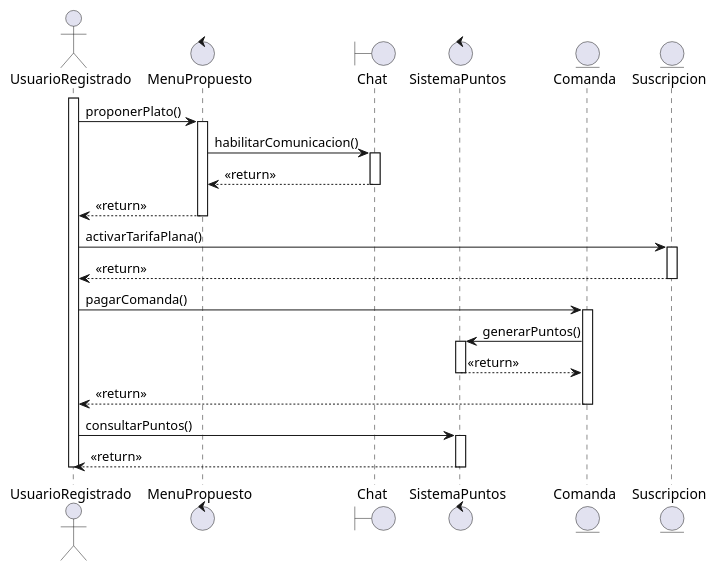
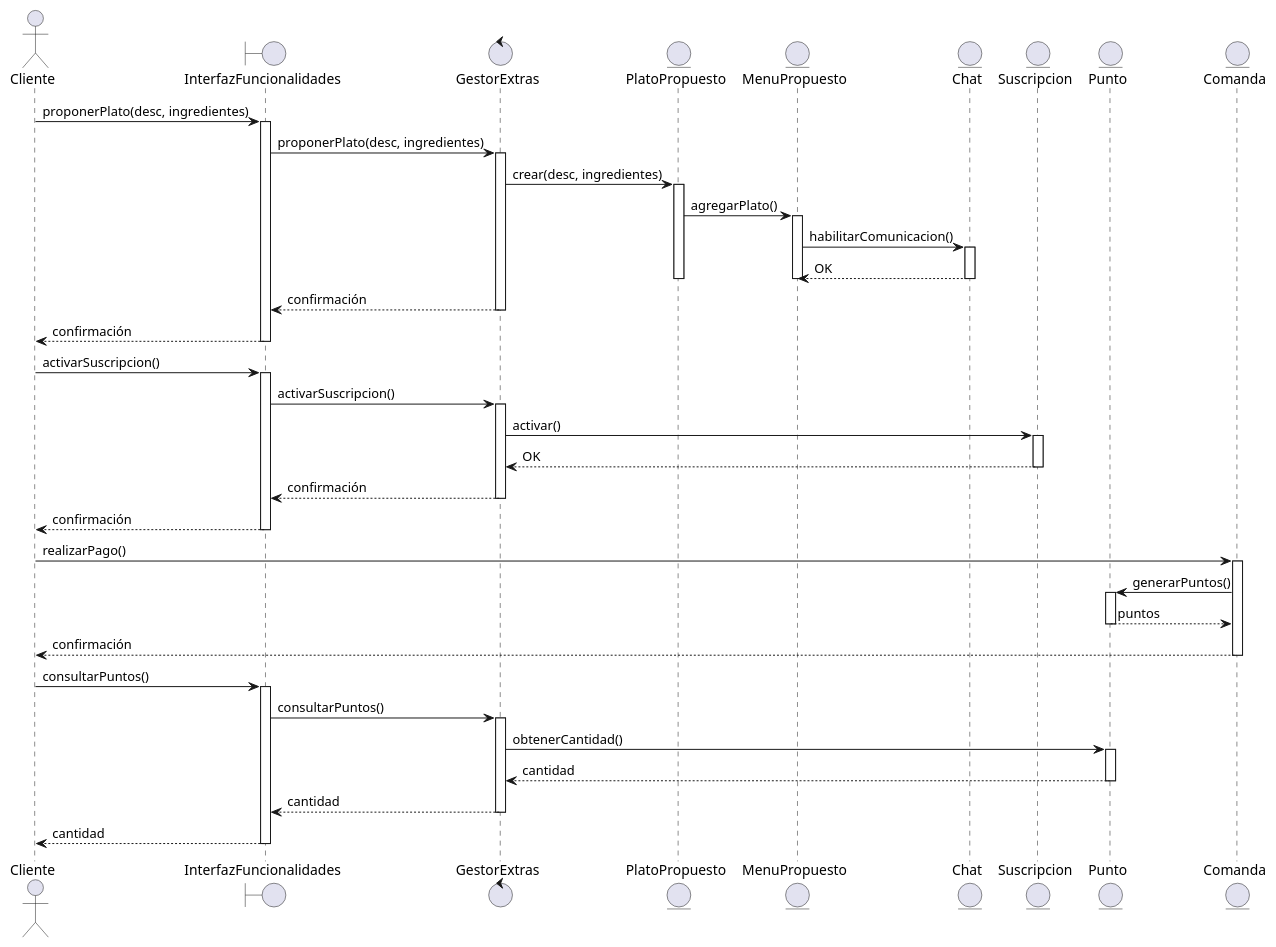
Before and after one commit to dabien3/ES25UAB-511-05: the diagram in documents/Diagramas Secuencia/CodigoUML/bloq6.pUML, drawn with PlantUML. The commit also changed other lines of this file, not shown here.

```diff
--- a/documents/Diagramas Secuencia/CodigoUML/bloq6.pUML
+++ b/documents/Diagramas Secuencia/CodigoUML/bloq6.pUML
@@ -1,42 +1,67 @@
 @startuml
-actor UsuarioRegistrado
-control MenuPropuesto
-boundary Chat
-control SistemaPuntos
+
+actor Cliente
+boundary InterfazFuncionalidades
+control GestorExtras
+entity PlatoPropuesto
+entity MenuPropuesto
+entity Chat
+entity Suscripcion
+entity Punto
 entity Comanda
-entity Suscripcion
 
-activate UsuarioRegistrado
-
-UsuarioRegistrado -> MenuPropuesto : proponerPlato()
+Cliente -> InterfazFuncionalidades : proponerPlato(desc, ingredientes)
+activate InterfazFuncionalidades
+InterfazFuncionalidades -> GestorExtras : proponerPlato(desc, ingredientes)
+activate GestorExtras
+GestorExtras -> PlatoPropuesto : crear(desc, ingredientes)
+activate PlatoPropuesto
+PlatoPropuesto -> MenuPropuesto : agregarPlato()
 activate MenuPropuesto
-
 MenuPropuesto -> Chat : habilitarComunicacion()
 activate Chat
-Chat --> MenuPropuesto : <<return>>
+Chat --> MenuPropuesto : OK
 deactivate Chat
+deactivate MenuPropuesto
+deactivate PlatoPropuesto
+GestorExtras --> InterfazFuncionalidades : confirmación
+deactivate GestorExtras
+InterfazFuncionalidades --> Cliente : confirmación
+deactivate InterfazFuncionalidades
 
-MenuPropuesto --> UsuarioRegistrado : <<return>>
-deactivate MenuPropuesto
+Cliente -> InterfazFuncionalidades : activarSuscripcion()
+activate InterfazFuncionalidades
+InterfazFuncionalidades -> GestorExtras : activarSuscripcion()
+activate GestorExtras
+GestorExtras -> Suscripcion : activar()
+activate Suscripcion
+Suscripcion --> GestorExtras : OK
+deactivate Suscripcion
+GestorExtras --> InterfazFuncionalidades : confirmación
+deactivate GestorExtras
+InterfazFuncionalidades --> Cliente : confirmación
+deactivate InterfazFuncionalidades
 
-UsuarioRegistrado -> Suscripcion : activarTarifaPlana()
-activate Suscripcion
-Suscripcion --> UsuarioRegistrado : <<return>>
-deactivate Suscripcion
-
-UsuarioRegistrado -> Comanda : pagarComanda()
+Cliente -> Comanda : realizarPago()
 activate Comanda
-Comanda -> SistemaPuntos : generarPuntos()
-activate SistemaPuntos
-SistemaPuntos --> Comanda : <<return>>
-deactivate SistemaPuntos
-Comanda --> UsuarioRegistrado : <<return>>
+Comanda -> Punto : generarPuntos()
+activate Punto
+Punto --> Comanda : puntos
+deactivate Punto
+Comanda --> Cliente : confirmación
 deactivate Comanda
 
-UsuarioRegistrado -> SistemaPuntos : consultarPuntos()
-activate SistemaPuntos
-SistemaPuntos --> UsuarioRegistrado : <<return>>
-deactivate SistemaPuntos
+Cliente -> InterfazFuncionalidades : consultarPuntos()
+activate InterfazFuncionalidades
+InterfazFuncionalidades -> GestorExtras : consultarPuntos()
+activate GestorExtras
+GestorExtras -> Punto : obtenerCantidad()
+activate Punto
+Punto --> GestorExtras : cantidad
+deactivate Punto
+GestorExtras --> InterfazFuncionalidades : cantidad
+deactivate GestorExtras
+InterfazFuncionalidades --> Cliente : cantidad
+deactivate InterfazFuncionalidades
 
-deactivate UsuarioRegistrado
 @enduml
```
